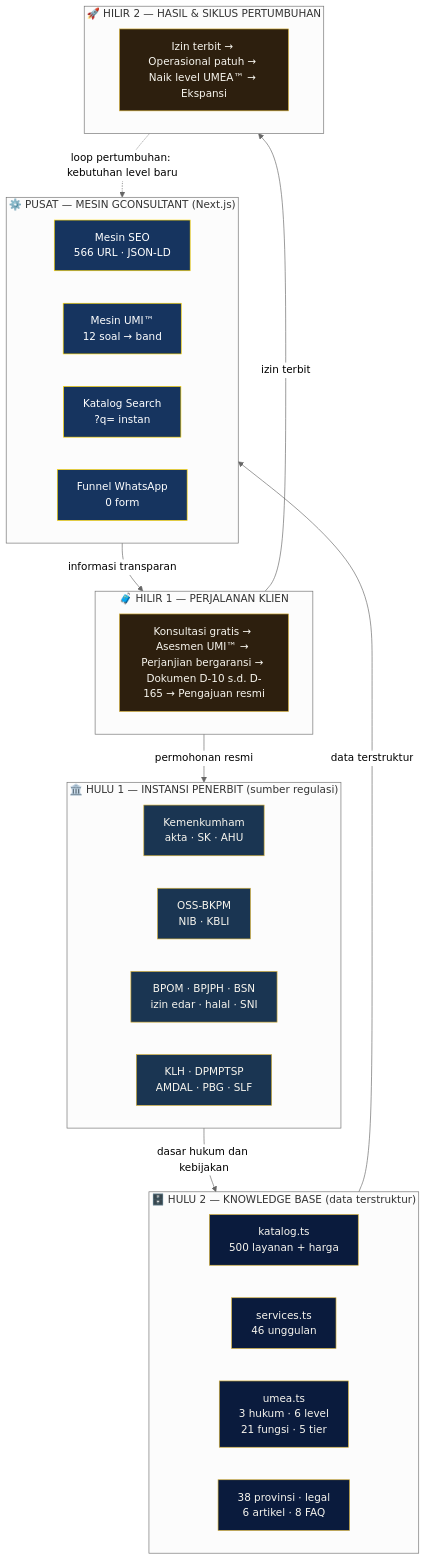
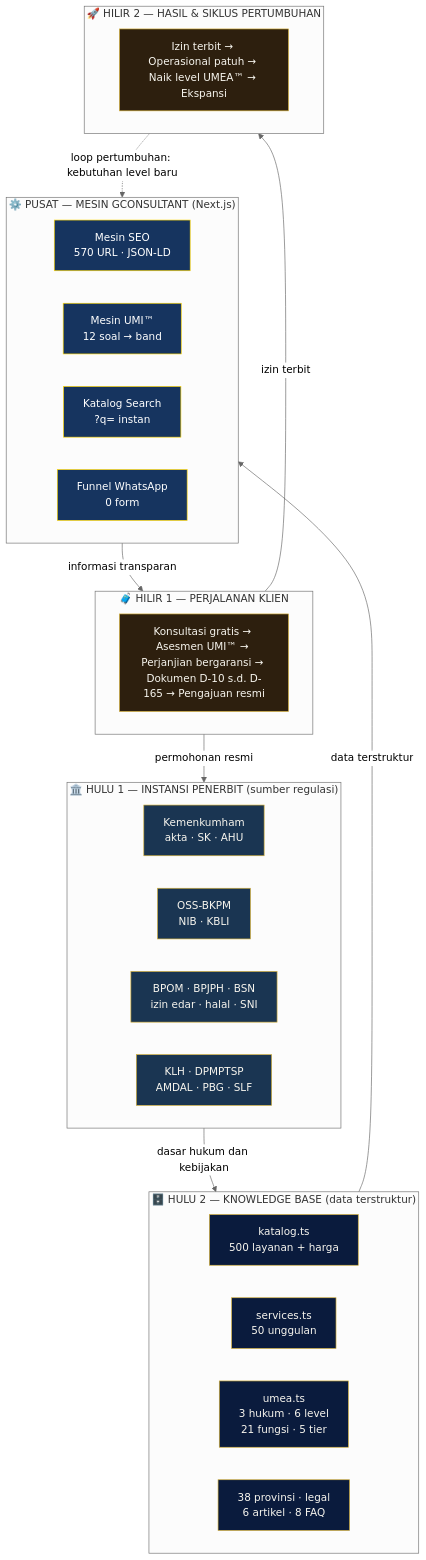
The first of 10 diagrams in README.md (gunaracorp/gunaraconsultant), drawn with Mermaid (neutral theme) before and after one commit. The commit also changed other lines of this file and 15 other files, not shown here.

````diff
--- a/README.md
+++ b/README.md
@@ -82,50 +82,50 @@
 ```mermaid
 flowchart TB
     subgraph H1["🏛️ HULU 1 — INSTANSI PENERBIT (sumber regulasi)"]
         direction LR
         A1["Kemenkumham<br/>akta · SK · AHU"]
         A2["OSS-BKPM<br/>NIB · KBLI"]
         A3["BPOM · BPJPH · BSN<br/>izin edar · halal · SNI"]
         A4["KLH · DPMPTSP<br/>AMDAL · PBG · SLF"]
     end
 
     subgraph H2["🗄️ HULU 2 — KNOWLEDGE BASE (data terstruktur)"]
         direction LR
         B1["katalog.ts<br/>500 layanan + harga"]
-        B2["services.ts<br/>46 unggulan"]
+        B2["services.ts<br/>50 unggulan"]
         B3["umea.ts<br/>3 hukum · 6 level<br/>21 fungsi · 5 tier"]
         B4["38 provinsi · legal<br/>6 artikel · 8 FAQ"]
     end
 
     subgraph P["⚙️ PUSAT — MESIN GCONSULTANT (Next.js)"]
         direction LR
-        C1["Mesin SEO<br/>566 URL · JSON-LD"]
+        C1["Mesin SEO<br/>570 URL · JSON-LD"]
         C2["Mesin UMI™<br/>12 soal → band"]
         C3["Katalog Search<br/>?q= instan"]
         C4["Funnel WhatsApp<br/>0 form"]
     end
 
     subgraph D1["🧳 HILIR 1 — PERJALANAN KLIEN"]
         D["Konsultasi gratis → Asesmen UMI™ → Perjanjian bergaransi → Dokumen D-10 s.d. D-165 → Pengajuan resmi"]
     end
 
     subgraph D2["🚀 HILIR 2 — HASIL & SIKLUS PERTUMBUHAN"]
         E["Izin terbit → Operasional patuh → Naik level UMEA™ → Ekspansi"]
     end
 
     H1 -->|"dasar hukum dan kebijakan"| H2
     H2 -->|"data terstruktur"| P
     P -->|"informasi transparan"| D1
     D1 -->|"permohonan resmi"| H1
     D1 -->|"izin terbit"| D2
     D2 -.->|"loop pertumbuhan: kebutuhan level baru"| P
 
     classDef instansi fill:#1a3552,stroke:#d4af37,color:#f7f5ee
     classDef data fill:#0a1b3d,stroke:#d4af37,color:#f7f5ee
     classDef engine fill:#16345f,stroke:#ffd700,color:#ffffff
     classDef hilir fill:#2d1f0e,stroke:#d4af37,color:#f7f5ee
     class A1,A2,A3,A4 instansi
     class B1,B2,B3,B4 data
     class C1,C2,C3,C4 engine
     class D,E hilir
 ```
````
